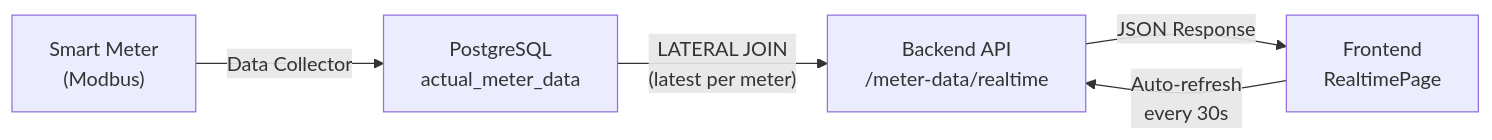
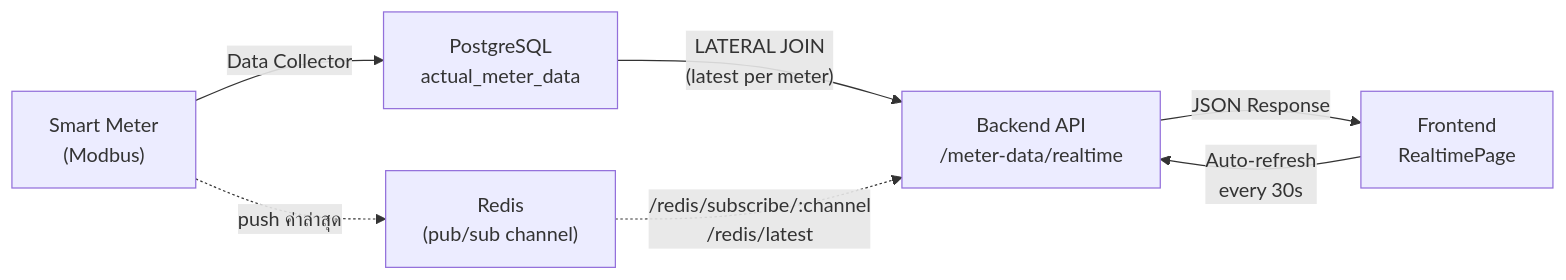
Before and after one commit to triple-tgg/energy_plus: the fifth of 6 diagrams in project_documentation.md, drawn with Mermaid. The commit also changed other lines of this file and 4 other files, not shown here.

````diff
--- a/project_documentation.md
+++ b/project_documentation.md
@@ -653,7 +695,9 @@
 ```mermaid
 graph LR
     SM["Smart Meter<br/>(Modbus)"] -->|"Data Collector"| DB["PostgreSQL<br/>actual_meter_data"]
+    SM -.->|"push ค่าล่าสุด"| RD["Redis<br/>(pub/sub channel)"]
     DB -->|"LATERAL JOIN<br/>(latest per meter)"| BE["Backend API<br/>/meter-data/realtime"]
+    RD -.->|"/redis/subscribe/:channel<br/>/redis/latest"| BE
     BE -->|"JSON Response"| FE["Frontend<br/>RealtimePage"]
     FE -->|"Auto-refresh<br/>every 30s"| BE
 ```
````
